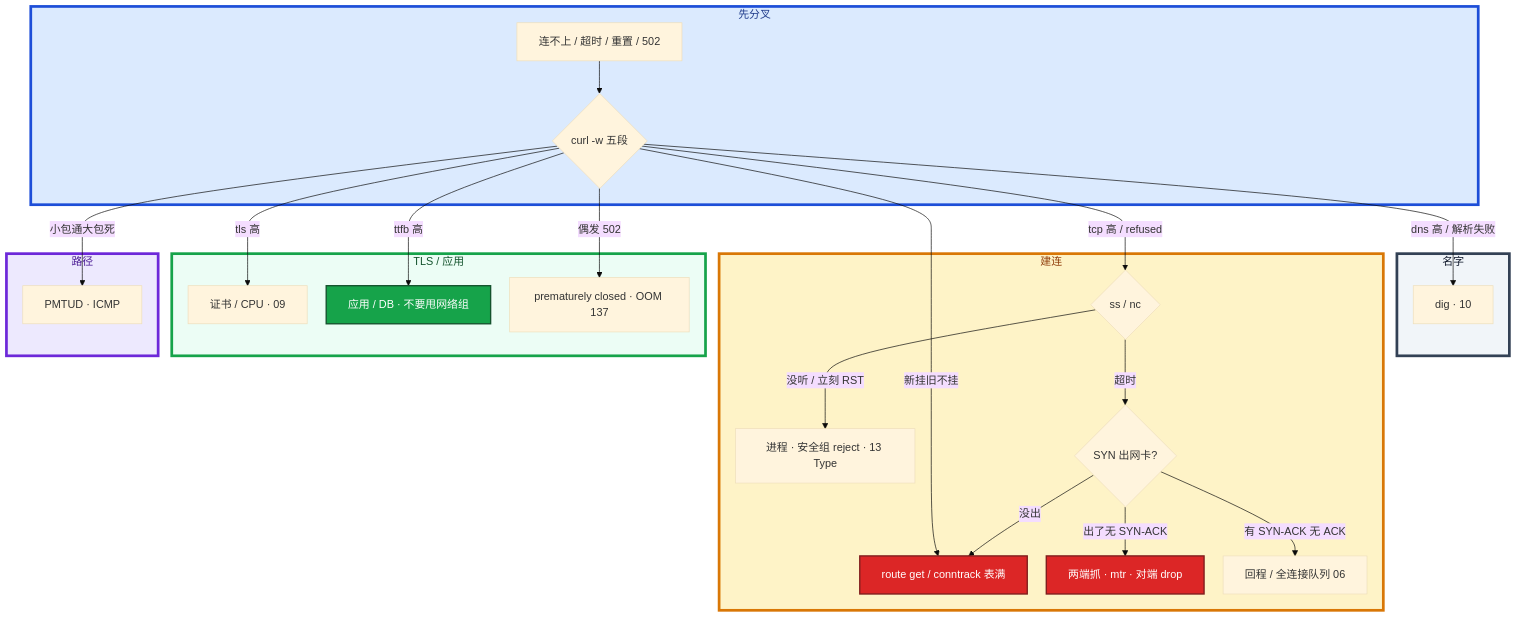
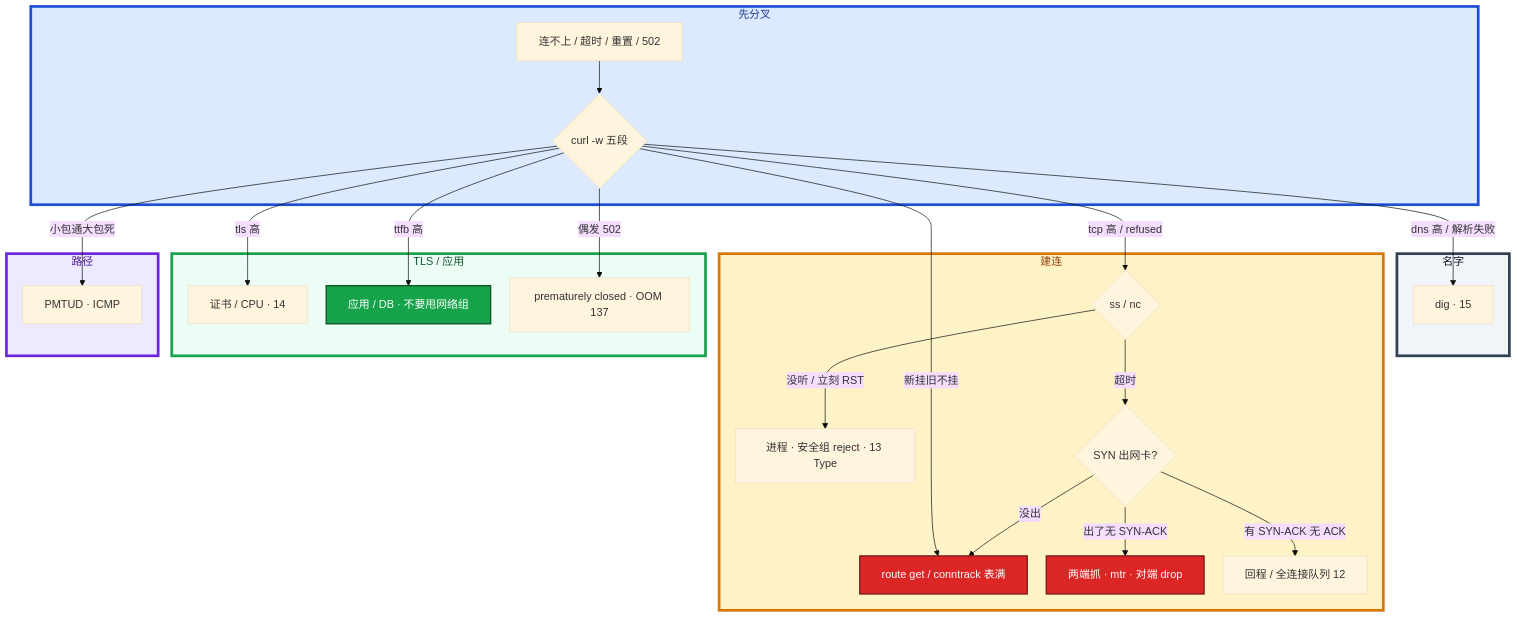
The seventh of 7 diagrams in 01-基础底座/16-网络排障与抓包/知识点.md (ml-cuizijun/LearnToLilith), drawn with Mermaid before and after one commit. The commit also changed other lines of this file and 56 other files, not shown here.

````diff
--- a/01-基础底座/16-网络排障与抓包/知识点.md
+++ b/01-基础底座/16-网络排障与抓包/知识点.md
@@ -1091,42 +1091,42 @@
 ```mermaid
 %%{init: {"flowchart": {"padding": 16, "nodeSpacing": 28, "rankSpacing": 48}, "theme": "base"}}%%
 flowchart TB
     subgraph gate ["先分叉"]
         A[连不上 / 超时 / 重置 / 502] --> B{curl -w 五段}
     end
 
     subgraph dns ["名字"]
-        B -->|dns 高 / 解析失败| C[dig · 10]
+        B -->|dns 高 / 解析失败| C[dig · 15]
     end
 
     subgraph l4 ["建连"]
         B -->|tcp 高 / refused| D{ss / nc}
         D -->|没听 / 立刻 RST| E[进程 · 安全组 reject · 13 Type]
         D -->|超时| F{SYN 出网卡?}
         F -->|没出| G[route get / conntrack 表满]
         F -->|出了无 SYN-ACK| H[两端抓 · mtr · 对端 drop]
-        F -->|有 SYN-ACK 无 ACK| I[回程 / 全连接队列 06]
+        F -->|有 SYN-ACK 无 ACK| I[回程 / 全连接队列 12]
     end
 
     subgraph up ["TLS / 应用"]
-        B -->|tls 高| J[证书 / CPU · 09]
+        B -->|tls 高| J[证书 / CPU · 14]
         B -->|ttfb 高| K[应用 / DB · 不要甩网络组]
         B -->|偶发 502| L[prematurely closed · OOM 137]
     end
 
     subgraph path ["路径"]
         B -->|小包通大包死| M[PMTUD · ICMP]
         B -->|新挂旧不挂| G
     end
 
     classDef bad fill:#DC2626,stroke:#7F1D1D,stroke-width:2px,color:#fff
     classDef ok fill:#16A34A,stroke:#14532D,stroke-width:2px,color:#fff
     class G,H bad
     class K ok
 
     style gate fill:#DBEAFE,stroke:#1D4ED8,stroke-width:4px,color:#1E3A8A
     style dns fill:#F1F5F9,stroke:#334155,stroke-width:4px,color:#0F172A
     style l4 fill:#FEF3C7,stroke:#D97706,stroke-width:4px,color:#92400E
     style up fill:#ECFDF5,stroke:#16A34A,stroke-width:4px,color:#14532D
     style path fill:#EDE9FE,stroke:#6D28D9,stroke-width:4px,color:#4C1D95
 ```
````
